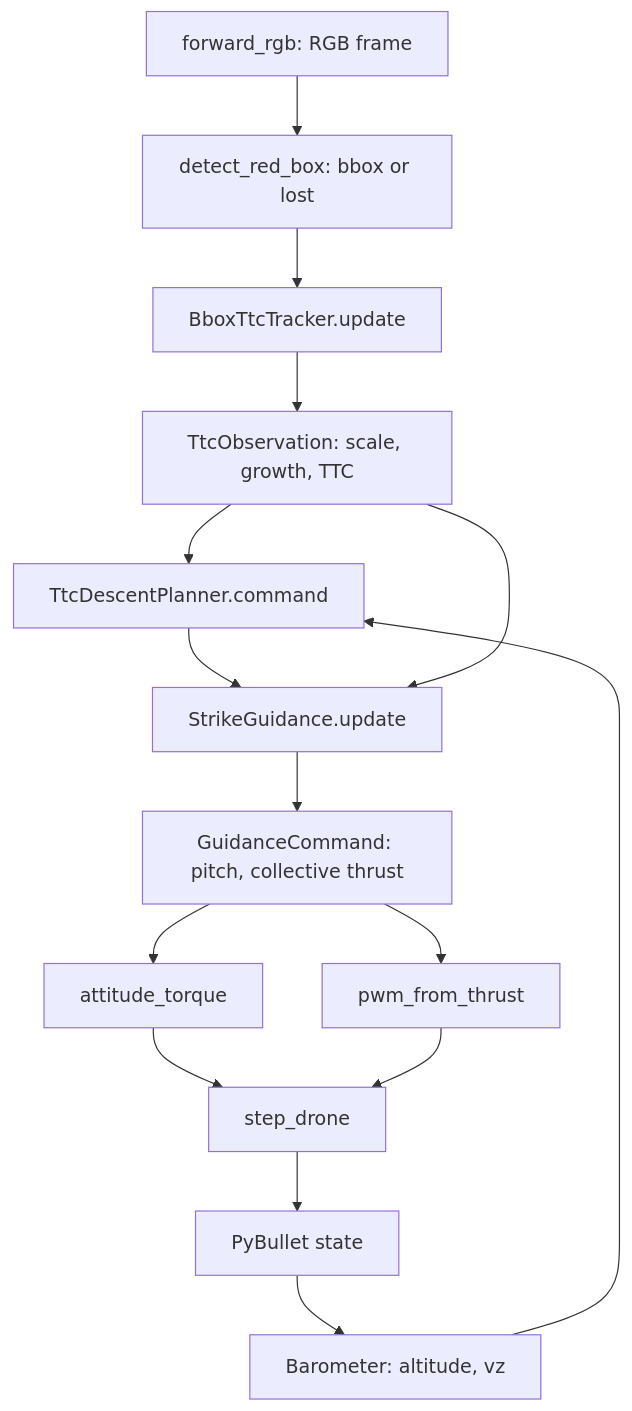
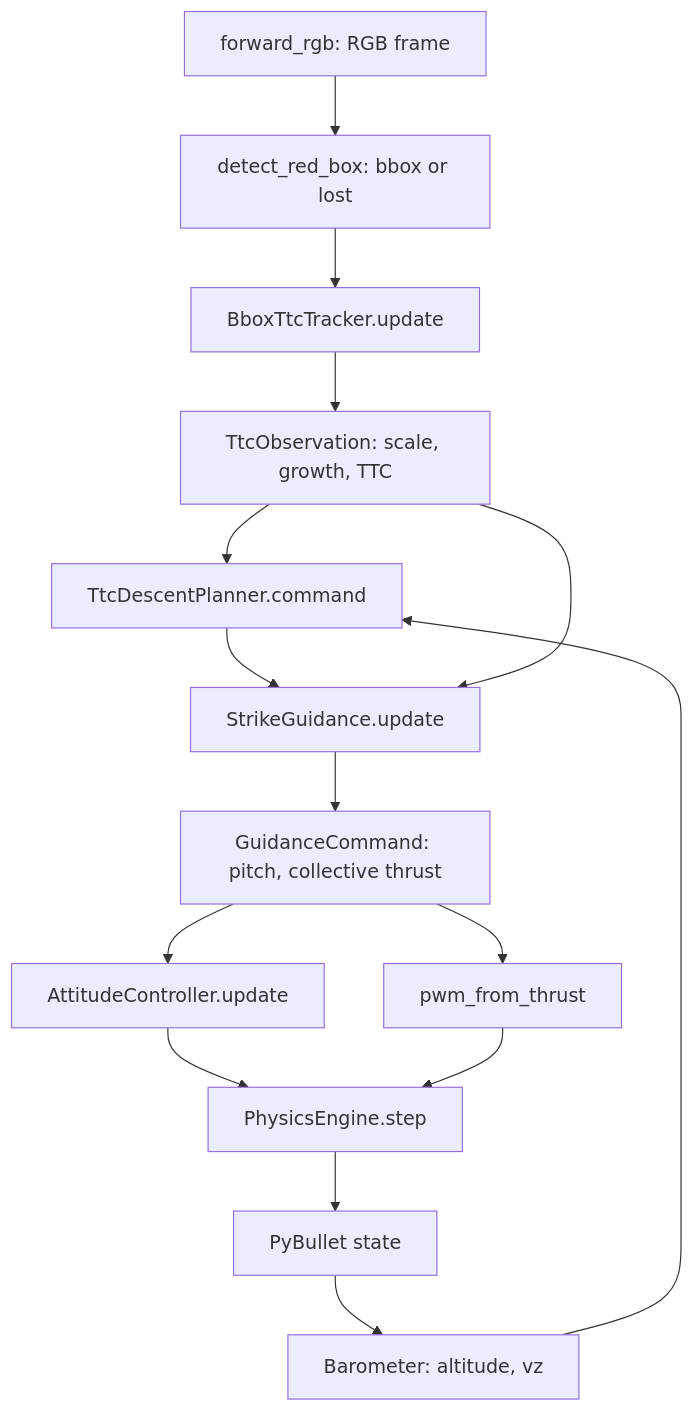
Before and after one commit to amire2000/drone-physics-and-simulation-course: the second of 3 diagrams in examples/07-optical-navigation/ttc_strike/README.md, drawn with Mermaid. The commit also changed 30 other files, not shown here.

Commit message:
refactor shared drone physics engine

````diff
--- a/examples/07-optical-navigation/ttc_strike/README.md
+++ b/examples/07-optical-navigation/ttc_strike/README.md
@@ -197,17 +197,17 @@
 ```mermaid
 flowchart TD
     camera[forward_rgb: RGB frame] --> detect[detect_red_box: bbox or lost]
     detect --> ttc[BboxTtcTracker.update]
     ttc --> observation[TtcObservation: scale, growth, TTC]
     observation --> planner[TtcDescentPlanner.command]
     physics[PyBullet state] --> barometer[Barometer: altitude, vz]
     barometer --> planner
     planner --> guidance[StrikeGuidance.update]
     observation --> guidance
     guidance --> command[GuidanceCommand: pitch, collective thrust]
-    command --> attitude[attitude_torque]
+    command --> attitude[AttitudeController.update]
     command --> pwm[pwm_from_thrust]
-    attitude --> step[step_drone]
+    attitude --> step[PhysicsEngine.step]
     pwm --> step
     step --> physics
 ```
````
